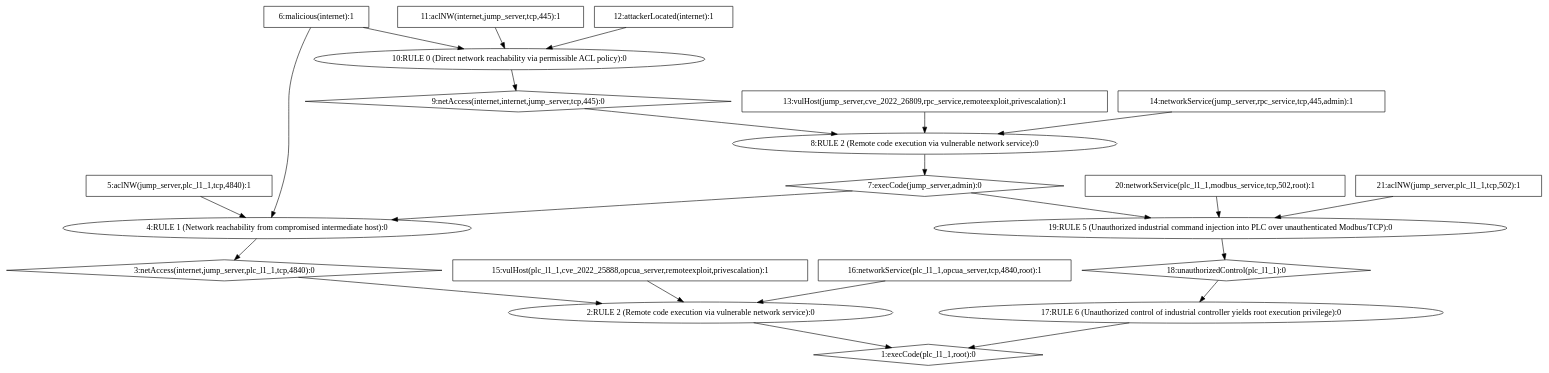
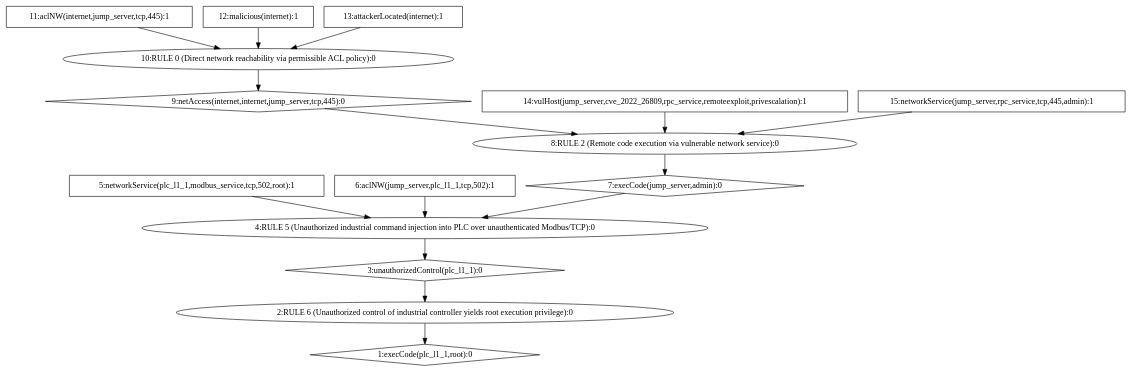
Before and after one commit to kacurrelsja/MULVAL: the diagram in ot_pipeline/results/dot/AttackGraph_05_PLC_Root_Exec.dot, drawn with Graphviz. The commit also changed 21 other files, not shown here.

```diff
--- a/ot_pipeline/results/dot/AttackGraph_05_PLC_Root_Exec.dot
+++ b/ot_pipeline/results/dot/AttackGraph_05_PLC_Root_Exec.dot
@@ -1,45 +1,31 @@
 digraph G {
 	1 [label="1:execCode(plc_l1_1,root):0",shape=diamond];
-	2 [label="2:RULE 2 (Remote code execution via vulnerable network service):0",shape=ellipse];
-	3 [label="3:netAccess(internet,jump_server,plc_l1_1,tcp,4840):0",shape=diamond];
-	4 [label="4:RULE 1 (Network reachability from compromised intermediate host):0",shape=ellipse];
-	5 [label="5:aclNW(jump_server,plc_l1_1,tcp,4840):1",shape=box];
-	6 [label="6:malicious(internet):1",shape=box];
+	2 [label="2:RULE 6 (Unauthorized control of industrial controller yields root execution privilege):0",shape=ellipse];
+	3 [label="3:unauthorizedControl(plc_l1_1):0",shape=diamond];
+	4 [label="4:RULE 5 (Unauthorized industrial command injection into PLC over unauthenticated Modbus/TCP):0",shape=ellipse];
+	5 [label="5:networkService(plc_l1_1,modbus_service,tcp,502,root):1",shape=box];
+	6 [label="6:aclNW(jump_server,plc_l1_1,tcp,502):1",shape=box];
 	7 [label="7:execCode(jump_server,admin):0",shape=diamond];
 	8 [label="8:RULE 2 (Remote code execution via vulnerable network service):0",shape=ellipse];
 	9 [label="9:netAccess(internet,internet,jump_server,tcp,445):0",shape=diamond];
 	10 [label="10:RULE 0 (Direct network reachability via permissible ACL policy):0",shape=ellipse];
 	11 [label="11:aclNW(internet,jump_server,tcp,445):1",shape=box];
-	12 [label="12:attackerLocated(internet):1",shape=box];
-	13 [label="13:vulHost(jump_server,cve_2022_26809,rpc_service,remoteexploit,privescalation):1",shape=box];
-	14 [label="14:networkService(jump_server,rpc_service,tcp,445,admin):1",shape=box];
-	15 [label="15:vulHost(plc_l1_1,cve_2022_25888,opcua_server,remoteexploit,privescalation):1",shape=box];
-	16 [label="16:networkService(plc_l1_1,opcua_server,tcp,4840,root):1",shape=box];
-	17 [label="17:RULE 6 (Unauthorized control of industrial controller yields root execution privilege):0",shape=ellipse];
-	18 [label="18:unauthorizedControl(plc_l1_1):0",shape=diamond];
-	19 [label="19:RULE 5 (Unauthorized industrial command injection into PLC over unauthenticated Modbus/TCP):0",shape=ellipse];
-	20 [label="20:networkService(plc_l1_1,modbus_service,tcp,502,root):1",shape=box];
-	21 [label="21:aclNW(jump_server,plc_l1_1,tcp,502):1",shape=box];
+	12 [label="12:malicious(internet):1",shape=box];
+	13 [label="13:attackerLocated(internet):1",shape=box];
+	14 [label="14:vulHost(jump_server,cve_2022_26809,rpc_service,remoteexploit,privescalation):1",shape=box];
+	15 [label="15:networkService(jump_server,rpc_service,tcp,445,admin):1",shape=box];
 	5 -> 	4;
 	6 -> 	4;
 	11 -> 	10;
-	6 -> 	10;
 	12 -> 	10;
+	13 -> 	10;
 	10 -> 	9;
 	9 -> 	8;
-	13 -> 	8;
 	14 -> 	8;
+	15 -> 	8;
 	8 -> 	7;
 	7 -> 	4;
 	4 -> 	3;
 	3 -> 	2;
-	15 -> 	2;
-	16 -> 	2;
 	2 -> 	1;
-	20 -> 	19;
-	21 -> 	19;
-	7 -> 	19;
-	19 -> 	18;
-	18 -> 	17;
-	17 -> 	1;
 }
```
